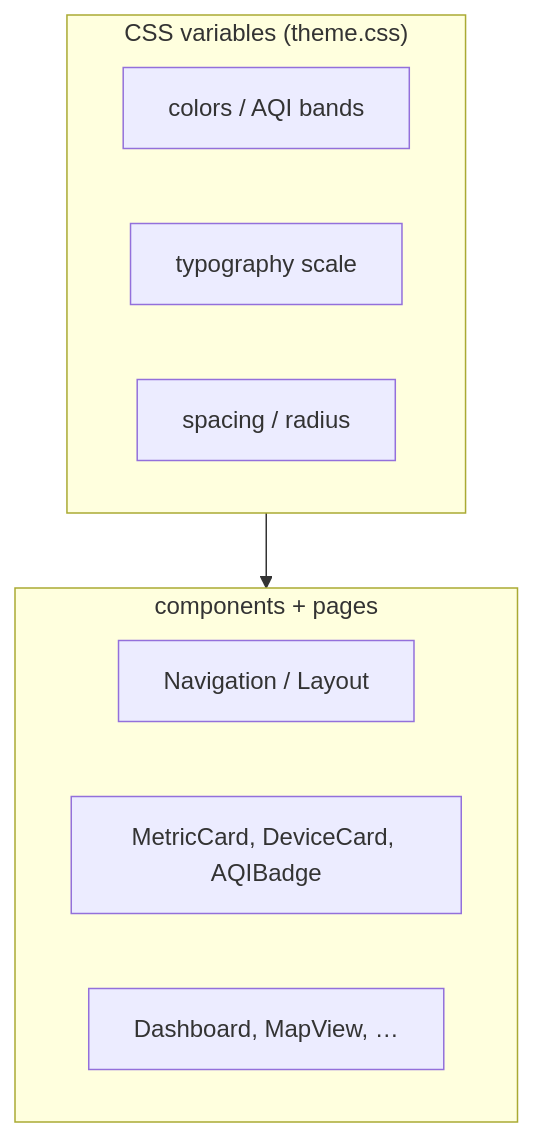
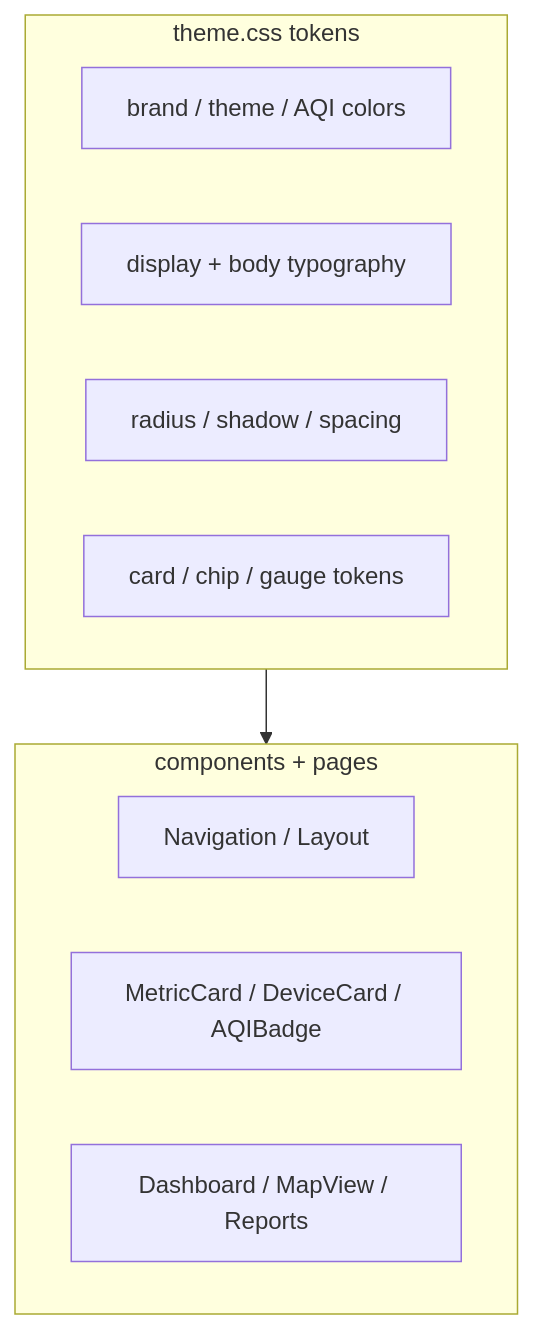
The diagram in apps/web/README_DESIGN.md (Hek846/aerospec), drawn with Mermaid before and after one commit. The commit also changed other lines of this file and 1 other file, not shown here.

First line of the commit message:
Design system: unified mint/teal tokens for web (split AA-safe primary)

````diff
--- a/apps/web/README_DESIGN.md
+++ b/apps/web/README_DESIGN.md
@@ -6,14 +6,15 @@
 ```mermaid
 flowchart TB
-    subgraph Theme["CSS variables (theme.css)"]
-        C["colors / AQI bands"]
-        T["typography scale"]
-        S["spacing / radius"]
+    subgraph Theme["theme.css tokens"]
+        Color["brand / theme / AQI colors"]
+        Type["display + body typography"]
+        Shape["radius / shadow / spacing"]
+        Component["card / chip / gauge tokens"]
     end
     subgraph UI["components + pages"]
-        NAV["Navigation / Layout"]
-        CARD["MetricCard, DeviceCard, AQIBadge"]
-        PAGE["Dashboard, MapView, …"]
+        Nav["Navigation / Layout"]
+        Cards["MetricCard / DeviceCard / AQIBadge"]
+        Pages["Dashboard / MapView / Reports"]
     end
     Theme --> UI
 ```
````
